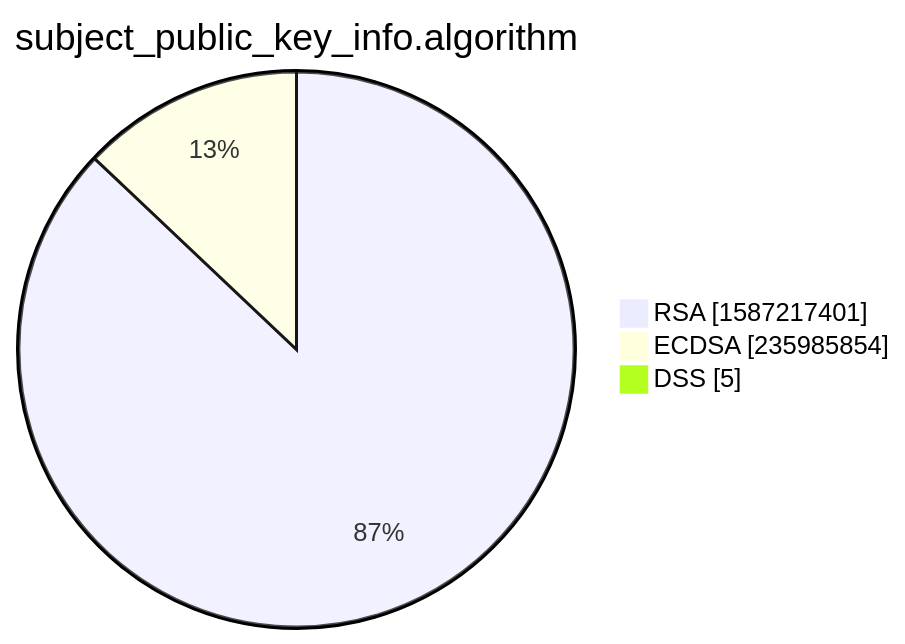
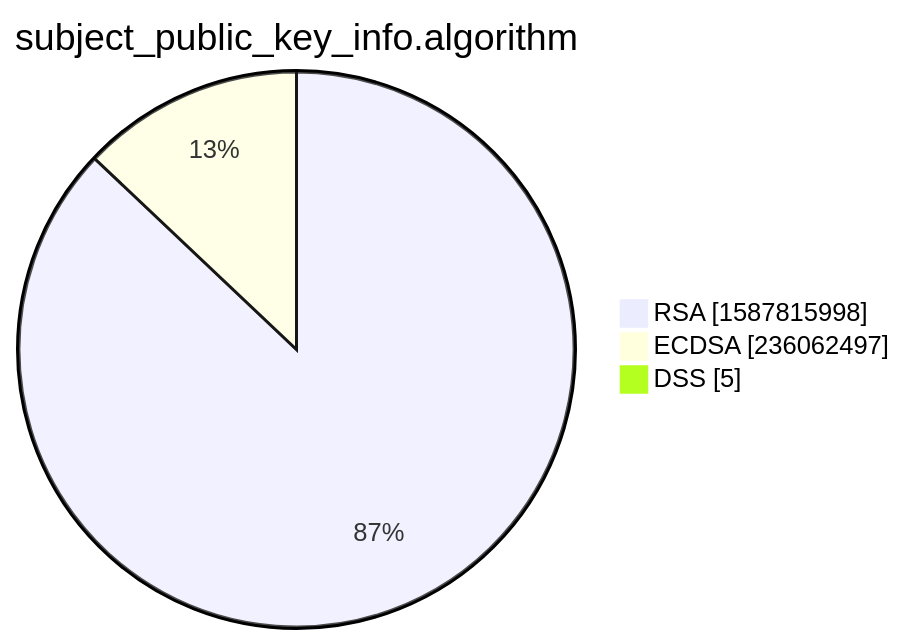
Before and after one commit to christiankrug/ctmonitor_visualization: the third of 15 diagrams in xenon2022/README.md, drawn with Mermaid. The commit also changed other lines of this file, not shown here.

````diff
--- a/xenon2022/README.md
+++ b/xenon2022/README.md
@@ -14,7 +14,7 @@
 ```mermaid
 pie showData
 title subject_public_key_info.algorithm
-"RSA" :1587217401
-"ECDSA" :235985854
+"RSA" :1587815998
+"ECDSA" :236062497
 "DSS" :5
 ```
````
